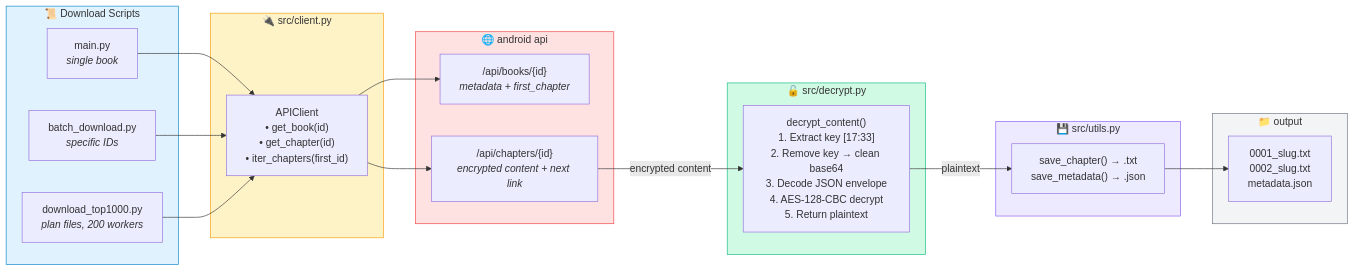
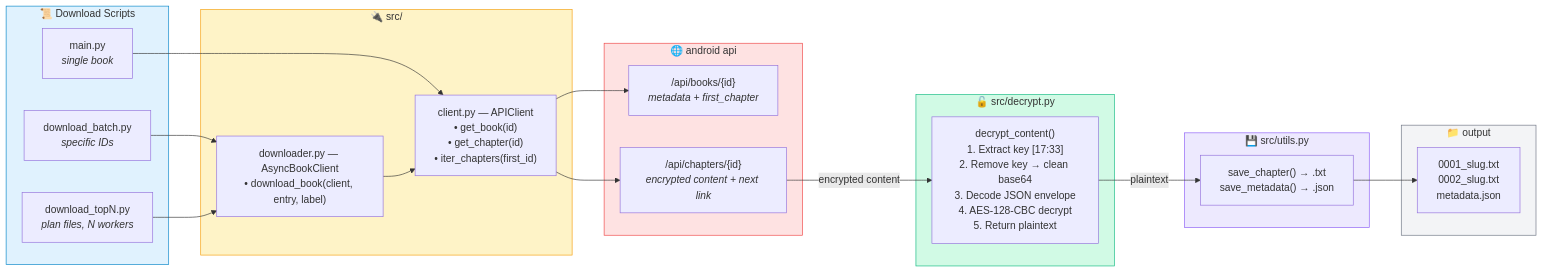
One commit to quocanh1897/books-crawler changed the first of 3 diagrams in crawler-descryptor/README.md. Above: the diagram before and after it, drawn with Mermaid. The commit also changed other lines of this file and 24 other files, not shown here.

````diff
--- a/crawler-descryptor/README.md
+++ b/crawler-descryptor/README.md
@@ -142,47 +142,49 @@
 ```mermaid
 flowchart LR
     subgraph SCRIPTS["📜 Download Scripts"]
         main["main.py<br/><i>single book</i>"]
-        batch["batch_download.py<br/><i>specific IDs</i>"]
-        top1000["download_top1000.py<br/><i>plan files, 200 workers</i>"]
+        batch["download_batch.py<br/><i>specific IDs</i>"]
+        topN["download_topN.py<br/><i>plan files, N workers</i>"]
     end
 
-    subgraph CLIENT["🔌 src/client.py"]
-        api_client["APIClient<br/>• get_book(id)<br/>• get_chapter(id)<br/>• iter_chapters(first_id)"]
+    subgraph CLIENT["🔌 src/"]
+        api_client["client.py — APIClient<br/>• get_book(id)<br/>• get_chapter(id)<br/>• iter_chapters(first_id)"]
+        async_dl["downloader.py — AsyncBookClient<br/>• download_book(client, entry, label)"]
     end
 
     subgraph API["🌐 android api"]
         books_api["/api/books/{id}<br/><i>metadata + first_chapter</i>"]
         chapters_api["/api/chapters/{id}<br/><i>encrypted content + next link</i>"]
     end
 
     subgraph DECRYPT["🔓 src/decrypt.py"]
         decrypt_fn["decrypt_content()<br/>1. Extract key [17:33]<br/>2. Remove key → clean base64<br/>3. Decode JSON envelope<br/>4. AES-128-CBC decrypt<br/>5. Return plaintext"]
     end
 
     subgraph UTILS["💾 src/utils.py"]
         save["save_chapter() → .txt<br/>save_metadata() → .json"]
     end
 
     subgraph OUTPUT["📁 output"]
         files["0001_slug.txt<br/>0002_slug.txt<br/>metadata.json"]
     end
 
     main --> api_client
-    batch --> api_client
-    top1000 --> api_client
+    batch --> async_dl
+    topN --> async_dl
+    async_dl --> api_client
 
     api_client --> books_api
     api_client --> chapters_api
 
     chapters_api -->|"encrypted content"| decrypt_fn
     decrypt_fn -->|"plaintext"| save
     save --> files
 
     style SCRIPTS fill:#e0f2fe,stroke:#0284c7
     style CLIENT fill:#fef3c7,stroke:#f59e0b
     style API fill:#fee2e2,stroke:#ef4444
     style DECRYPT fill:#d1fae5,stroke:#10b981
     style UTILS fill:#ede9fe,stroke:#8b5cf6
     style OUTPUT fill:#f3f4f6,stroke:#6b7280
 ```
````
